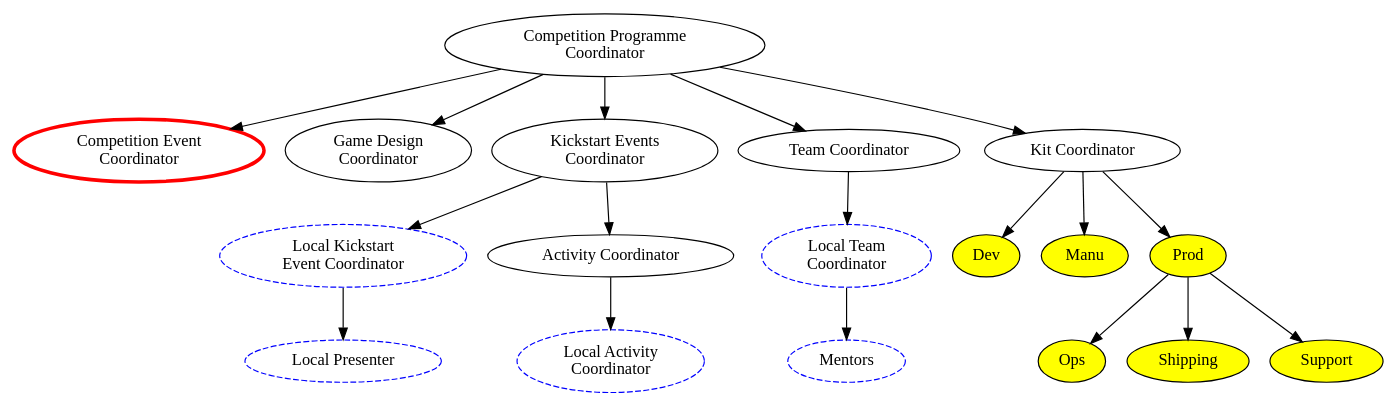
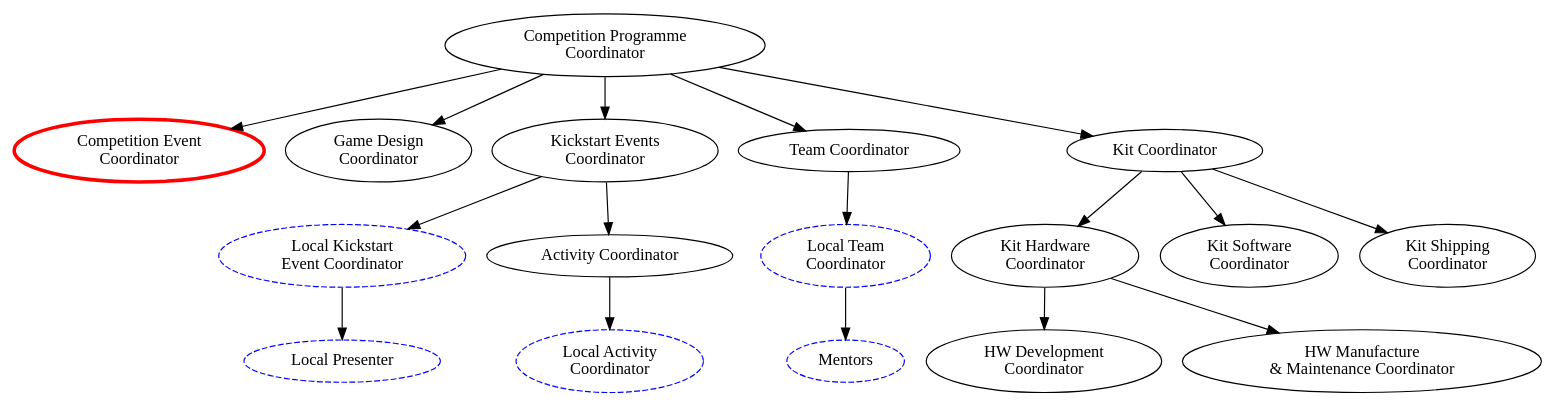
The diagram in org-chart/comp-prog.dot (Adimote/legacy-ops-manual), drawn with Graphviz before and after one commit. The commit also changed 1 other file, not shown here.

Commit message:
Attempt to tie down kit roles
This splits the kit roles into hardware/software. Since the hardware
side involves things in the physical world the development process is
quite separate from the manufacture/maintenance process, unlike the
software side. The software side has a much faster cycle time between
development and deployment therefore it doesn't make much sense to break
it down past the 'Kit Software Coordinator' as they will define their
own unnamed roles as appropriate.

The big omission at the moment is that of a 'Support' role. I'm not sure
of we actually require that as a role in the org-chart. For now I plan
on adding support as a responsibility of the Kit Coordinator and they
are then free to create an unnamed role as appropriate to manage it.

```diff
--- a/org-chart/comp-prog.dot
+++ b/org-chart/comp-prog.dot
@@ -1,50 +1,50 @@
 digraph {
 	####### Node declarations
 	comp_prog_coord [label="Competition Programme\nCoordinator" email="competition-program@studentrobotics.org"];
 	
 	# Competition Coordinator Subordinates
 	comp_event_coord [label="Competition Event\nCoordinator" color=red penwidth=3 rolesexclude=true]; // Email and tel defined in comp-event.dot
 	game_design_coord [label="Game Design\nCoordinator" email="game-design@studentrobotics.org"];
 	kickstart_event_coord [label="Kickstart Events\nCoordinator" email="kickstart@studentrobotics.org"];
 	team_coord [label="Team Coordinator" email="teams@studentrobotics.org"];
 	kit_coord [label="Kit Coordinator" email="kit@studentrobotics.org"];
 	
 	### Fourth Level
 	
 	# Kickstart Event Coordinator Subordinates
 	local_ks_event_coord[label="Local Kickstart\nEvent Coordinator" color=blue style=dashed contactsexclude=true];
 	activity_coord[label="Activity Coordinator" email="activity@studentrobotics.org"]
 
 	local_activity_coord[label="Local Activity\nCoordinator" color=blue style=dashed contactsexclude=true];
 	local_team_coord[label="Local Team\nCoordinator" color=blue style=dashed contactsexclude=true];
 
 	# Kit Coordinator Subordinates
-	kit_dev[label="Dev" fillcolor=yellow style=filled contactsexclude=true];
-	kit_manu[label="Manu" fillcolor=yellow style=filled contactsexclude=true];
-	kit_prod[label="Prod" fillcolor=yellow style=filled contactsexclude=true];
+	kit_hw_coord[label="Kit Hardware\nCoordinator" email="kit-hardware@studentrobotics.org"];
+	kit_sw_coord[label="Kit Software\nCoordinator" email="kit-software@studentrobotics.org"];
+	kit_shipping_coord[label="Kit Shipping\nCoordinator" email="kit-shipping@studentrobotics.org"];
+
+	# Hardware Coordinator Subordinates
+	hw_dev_coord[label="HW Development\nCoordinator" contactsexclude=true];
+	hw_manu_coord[label="HW Manufacture\n& Maintenance Coordinator" contactsexclude=true];
 	
 	### Fifth Level
 	local_presenter[label="Local Presenter" color=blue style=dashed contactsexclude=true];
 	
 	mentors[label="Mentors" color=blue style=dashed contactsexclude=true];
 	
-	# Kit Prod Subordinates
-	kit_ops[label="Ops" fillcolor=yellow style=filled contactsexclude=true];
-	kit_shipping[label="Shipping" fillcolor=yellow style=filled contactsexclude=true];
-	kit_support[label="Support" fillcolor=yellow style=filled contactsexclude=true];
 	
 	###### Connections between nodes
 	
 	comp_prog_coord -> { comp_event_coord game_design_coord kickstart_event_coord team_coord kit_coord };
 	
 	kickstart_event_coord -> { local_ks_event_coord activity_coord };
 		
 	activity_coord -> local_activity_coord;
 	local_ks_event_coord -> { local_presenter };
 		
 	team_coord -> local_team_coord;
 	local_team_coord -> mentors;
 		
-	kit_coord -> { kit_dev kit_manu kit_prod };
-	kit_prod -> { kit_ops kit_shipping kit_support };
+	kit_coord -> { kit_hw_coord kit_sw_coord kit_shipping_coord};
+	kit_hw_coord -> { hw_dev_coord hw_manu_coord };
 }
```
